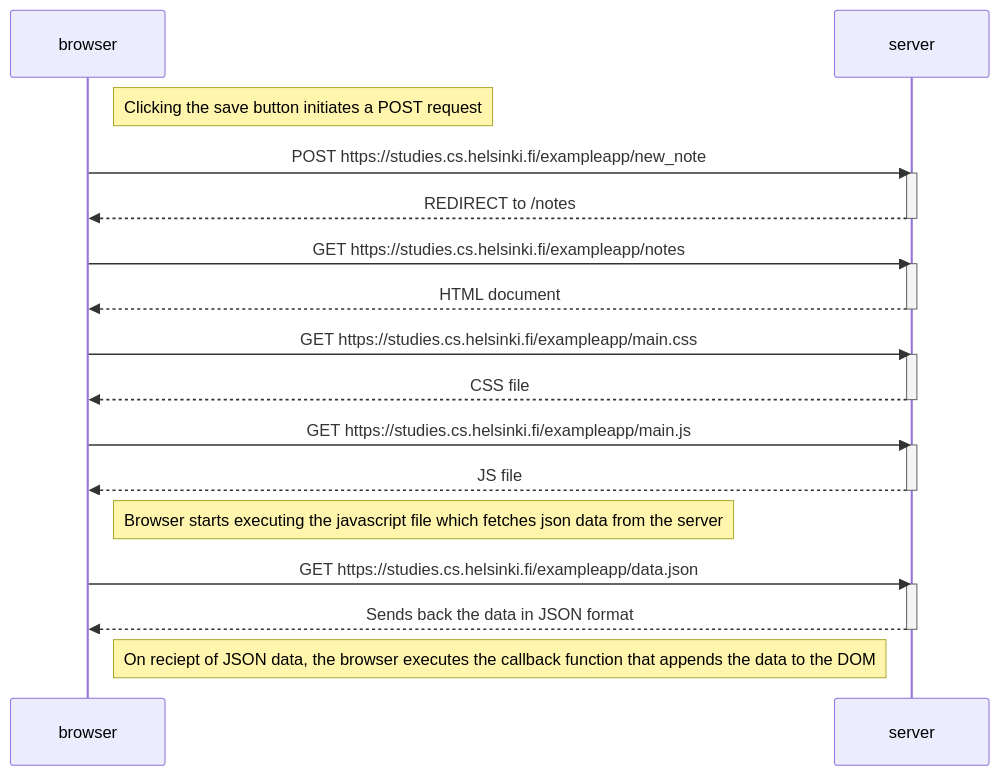
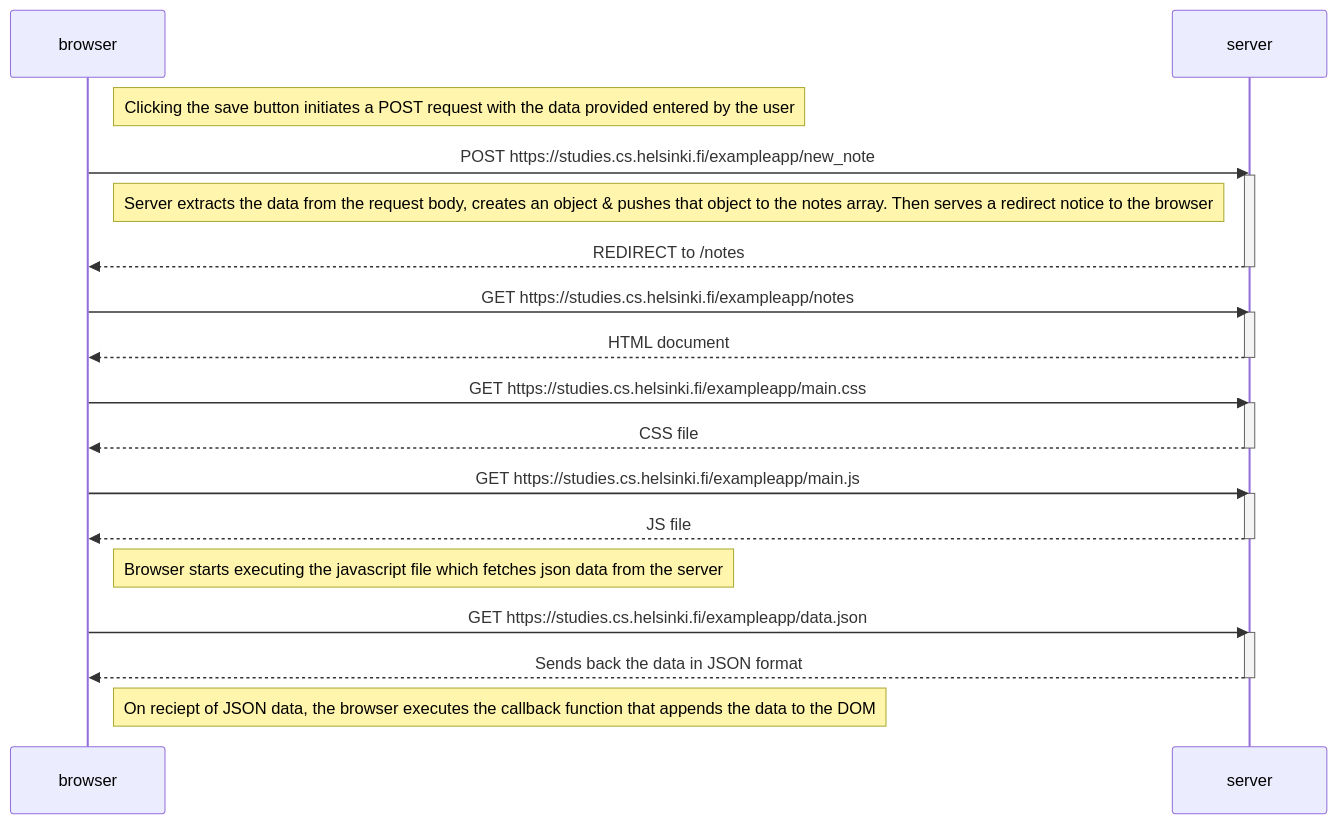
Before and after one commit to LateBloomer22/fullStackOpen: the diagram in part0/0.4newNoteDiagram.md, drawn with Mermaid.

Commit message:
Added server side working in a note

````diff
--- a/part0/0.4newNoteDiagram.md
+++ b/part0/0.4newNoteDiagram.md
@@ -1,36 +1,37 @@
 ```mermaid
 sequenceDiagram
 participant browser
 participant server
 
-    Note right of browser: Clicking the save button initiates a POST request
+    Note right of browser: Clicking the save button initiates a POST request with the data provided entered by the user
 
     browser ->> server: POST https://studies.cs.helsinki.fi/exampleapp/new_note
     activate server
+    Note left of server: Server extracts the data from the request body, creates an object & pushes that object to the notes array. Then serves a redirect notice to the browser
     server -->> browser: REDIRECT to /notes
     deactivate server
 
     browser ->> server : GET https://studies.cs.helsinki.fi/exampleapp/notes
     activate server
     server -->> browser: HTML document
     deactivate server
 
     browser ->> server : GET https://studies.cs.helsinki.fi/exampleapp/main.css
     activate server
     server -->> browser: CSS file
     deactivate server
 
     browser ->> server : GET https://studies.cs.helsinki.fi/exampleapp/main.js
     activate server
     server -->> browser: JS file
     deactivate server
 
     Note right of browser: Browser starts executing the javascript file which fetches json data from the server
 
     browser ->> server : GET https://studies.cs.helsinki.fi/exampleapp/data.json
     activate server
     server -->> browser: Sends back the data in JSON format
     deactivate server
     
     Note right of browser: On reciept of JSON data, the browser executes the callback function that appends the data to the DOM
 ```
````
